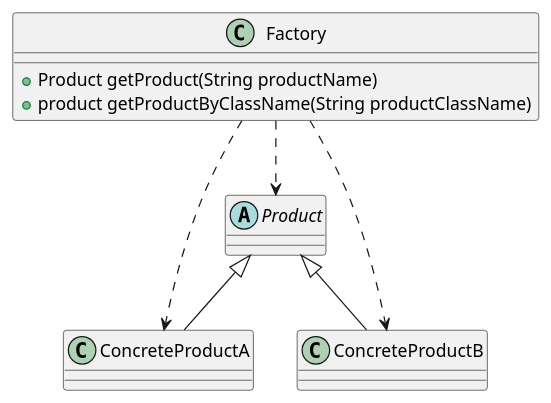
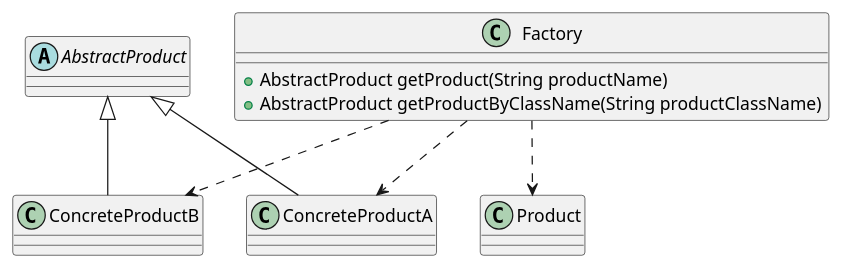
One commit to mrathena/design.pattern changed the diagram in src/main/java/com/mrathena/design/pattern/creational/patterns/simple/factory/pattern/simple.factory.pattern.puml. Above: the diagram before and after it, drawn with PlantUML. The commit also changed 9 other files, not shown here.

```diff
--- a/src/main/java/com/mrathena/design/pattern/creational/patterns/simple/factory/pattern/simple.factory.pattern.puml
+++ b/src/main/java/com/mrathena/design/pattern/creational/patterns/simple/factory/pattern/simple.factory.pattern.puml
@@ -1,14 +1,14 @@
 @startuml
 
-abstract class Product
-class ConcreteProductA extends Product
-class ConcreteProductB extends Product
+abstract class AbstractProduct
+class ConcreteProductA extends AbstractProduct
+class ConcreteProductB extends AbstractProduct
 class Factory {
-    + Product getProduct(String productName)
-    + product getProductByClassName(String productClassName)
+    + AbstractProduct getProduct(String productName)
+    + AbstractProduct getProductByClassName(String productClassName)
 }
 Factory ..> Product
 Factory ..> ConcreteProductA
 Factory ..> ConcreteProductB
 
 @enduml
```
